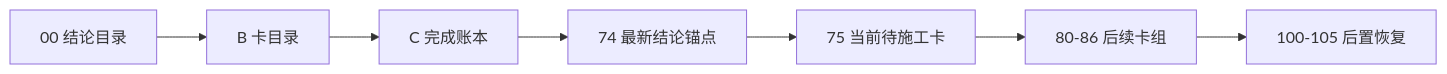
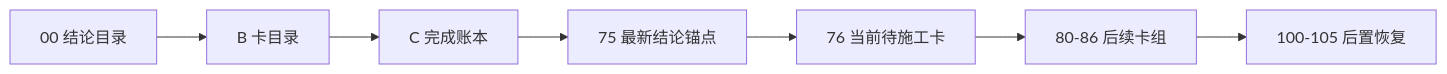
The diagram in docs/03-execution/A-execution-reading-order-20260409.md (everything-is-simple/lifespan-0.01), drawn with Mermaid before and after one commit. The commit also changed other lines of this file and 13 other files, not shown here.

````diff
--- a/docs/03-execution/A-execution-reading-order-20260409.md
+++ b/docs/03-execution/A-execution-reading-order-20260409.md
@@ -25,9 +27,9 @@
 ```mermaid
 flowchart LR
     CONC["00 结论目录"] --> BCAT["B 卡目录"]
     BCAT --> CLED["C 完成账本"]
-    CLED --> ANC["74 最新结论锚点"]
-    ANC --> G75["75 当前待施工卡"]
-    G75 --> G80["80-86 后续卡组"]
+    CLED --> ANC["75 最新结论锚点"]
+    ANC --> G76["76 当前待施工卡"]
+    G76 --> G80["80-86 后续卡组"]
     G80 --> NEXT["100-105 后置恢复"]
 ```
````
